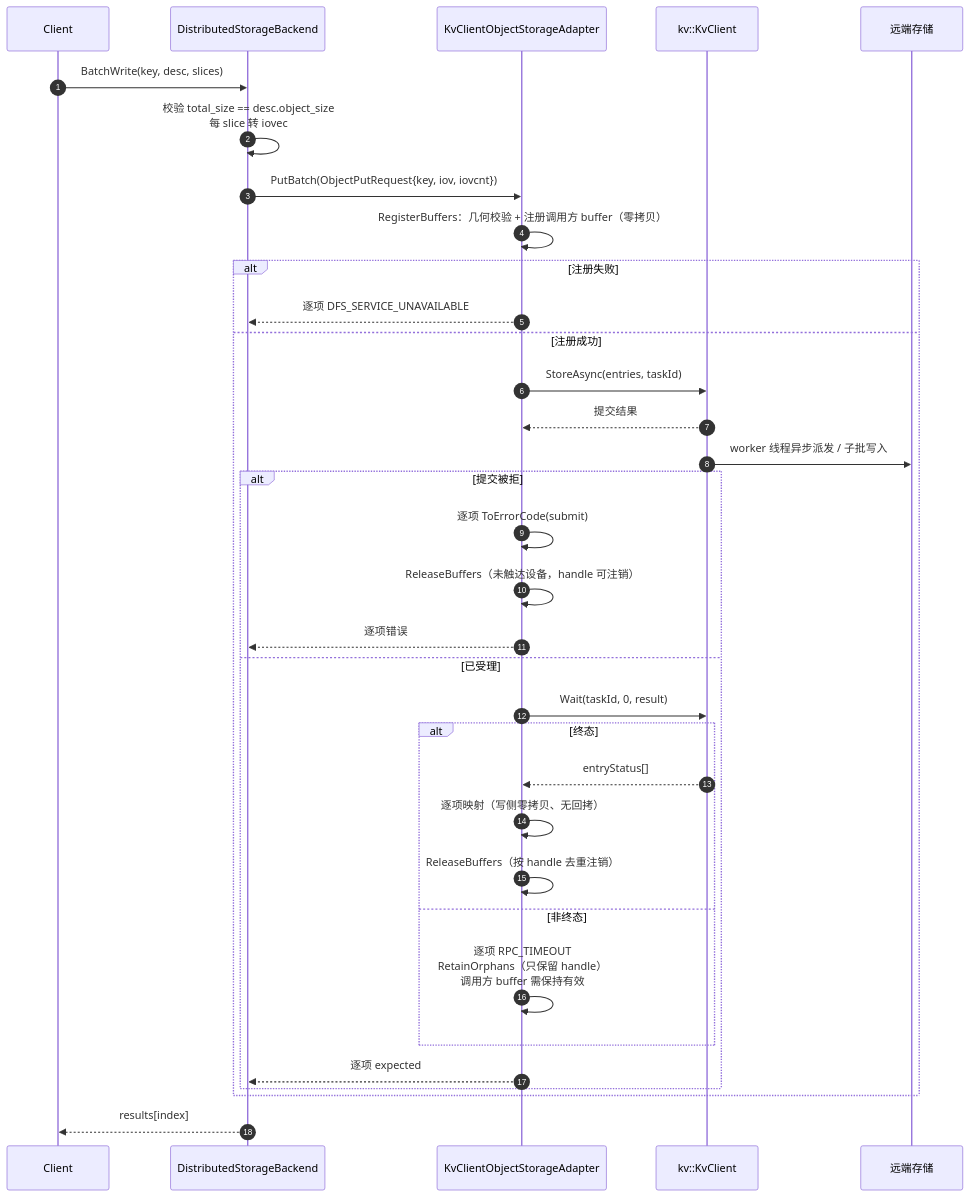
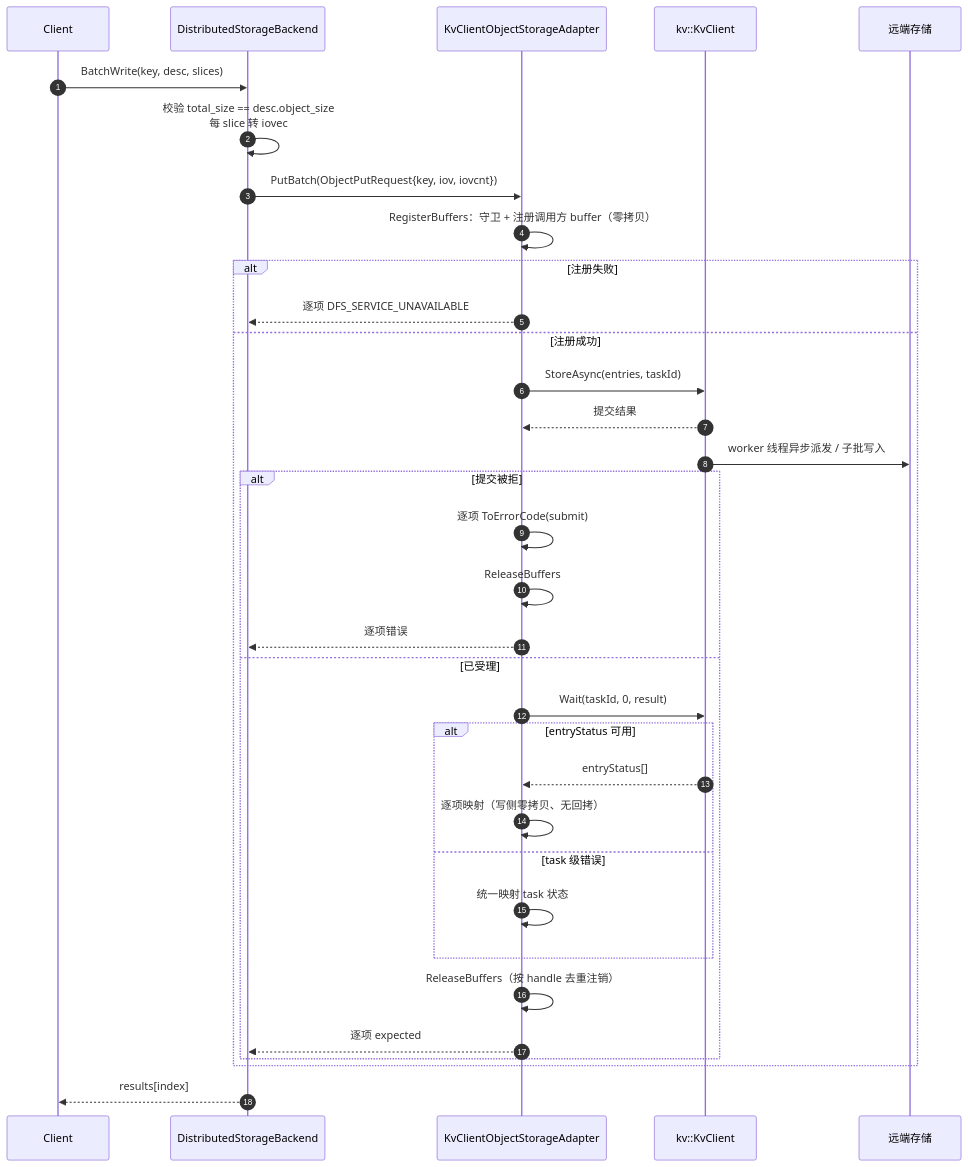
The sixth of 11 diagrams in Mooncake + KVClient L3 接入（Kvcs）- PR 实施设计.md (zwj20000328-dotcom/Mooncake-documents), drawn with Mermaid before and after one commit. The commit also changed other lines of this file and 2 other files, not shown here.

Commit message:
docs: leave validation and timeout to the kvclient SDK

````diff
--- a/Mooncake + KVClient L3 接入（Kvcs）- PR 实施设计.md
+++ b/Mooncake + KVClient L3 接入（Kvcs）- PR 实施设计.md
@@ -679,37 +684,37 @@
 ```mermaid
 sequenceDiagram
     autonumber
     participant C as Client
     participant BE as DistributedStorageBackend
     participant AD as KvClientObjectStorageAdapter
     participant SDK as kv::KvClient
     participant S as 远端存储
 
     C->>BE: BatchWrite(key, desc, slices)
     BE->>BE: 校验 total_size == desc.object_size<br/>每 slice 转 iovec
     BE->>AD: PutBatch(ObjectPutRequest{key, iov, iovcnt})
-    AD->>AD: RegisterBuffers：几何校验 + 注册调用方 buffer（零拷贝）
+    AD->>AD: RegisterBuffers：守卫 + 注册调用方 buffer（零拷贝）
     alt 注册失败
         AD-->>BE: 逐项 DFS_SERVICE_UNAVAILABLE
     else 注册成功
         AD->>SDK: StoreAsync(entries, taskId)
         SDK-->>AD: 提交结果
         SDK->>S: worker 线程异步派发 / 子批写入
         alt 提交被拒
             AD->>AD: 逐项 ToErrorCode(submit)
-            AD->>AD: ReleaseBuffers（未触达设备，handle 可注销）
+            AD->>AD: ReleaseBuffers
             AD-->>BE: 逐项错误
         else 已受理
             AD->>SDK: Wait(taskId, 0, result)
-            alt 终态
+            alt entryStatus 可用
                 SDK-->>AD: entryStatus[]
                 AD->>AD: 逐项映射（写侧零拷贝、无回拷）
-                AD->>AD: ReleaseBuffers（按 handle 去重注销）
-            else 非终态
-                AD->>AD: 逐项 RPC_TIMEOUT<br/>RetainOrphans（只保留 handle）<br/>调用方 buffer 需保持有效
+            else task 级错误
+                AD->>AD: 统一映射 task 状态
             end
+            AD->>AD: ReleaseBuffers（按 handle 去重注销）
             AD-->>BE: 逐项 expected
         end
     end
     BE-->>C: results[index]
 ```
````
